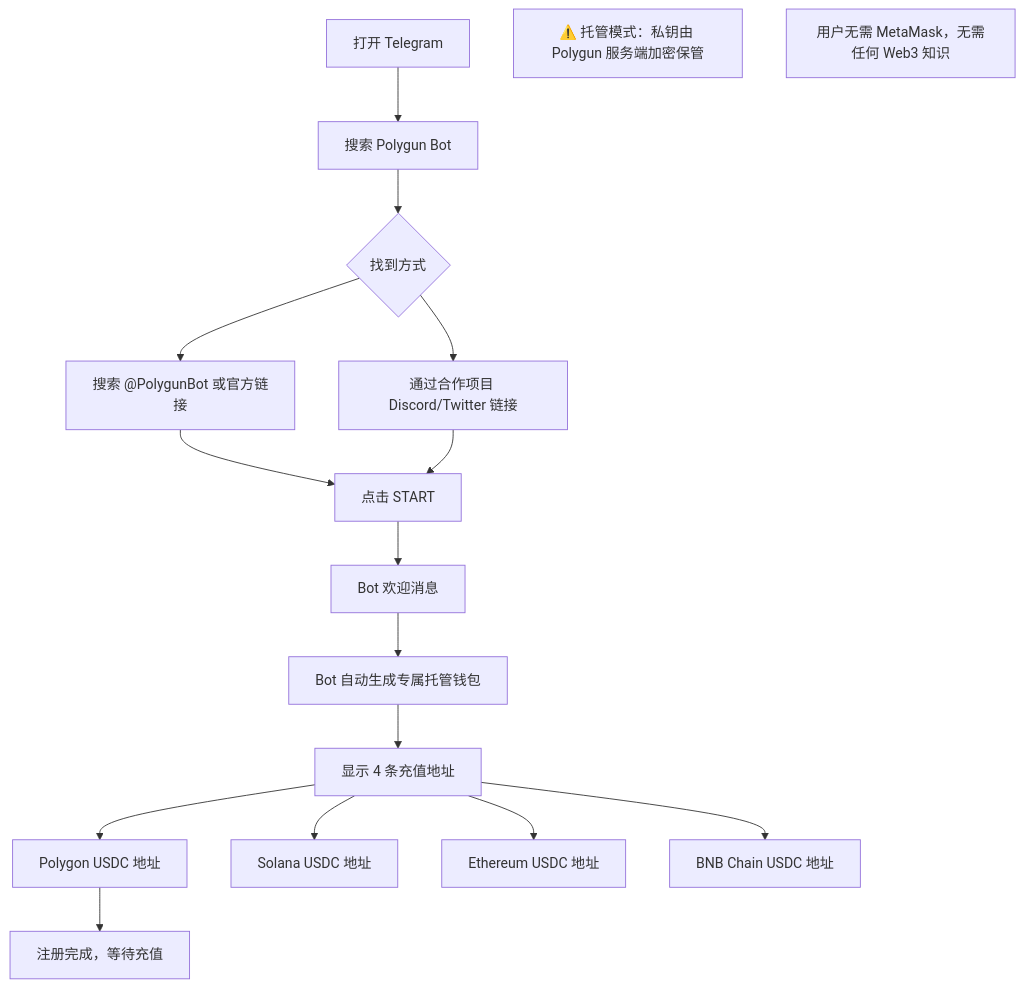
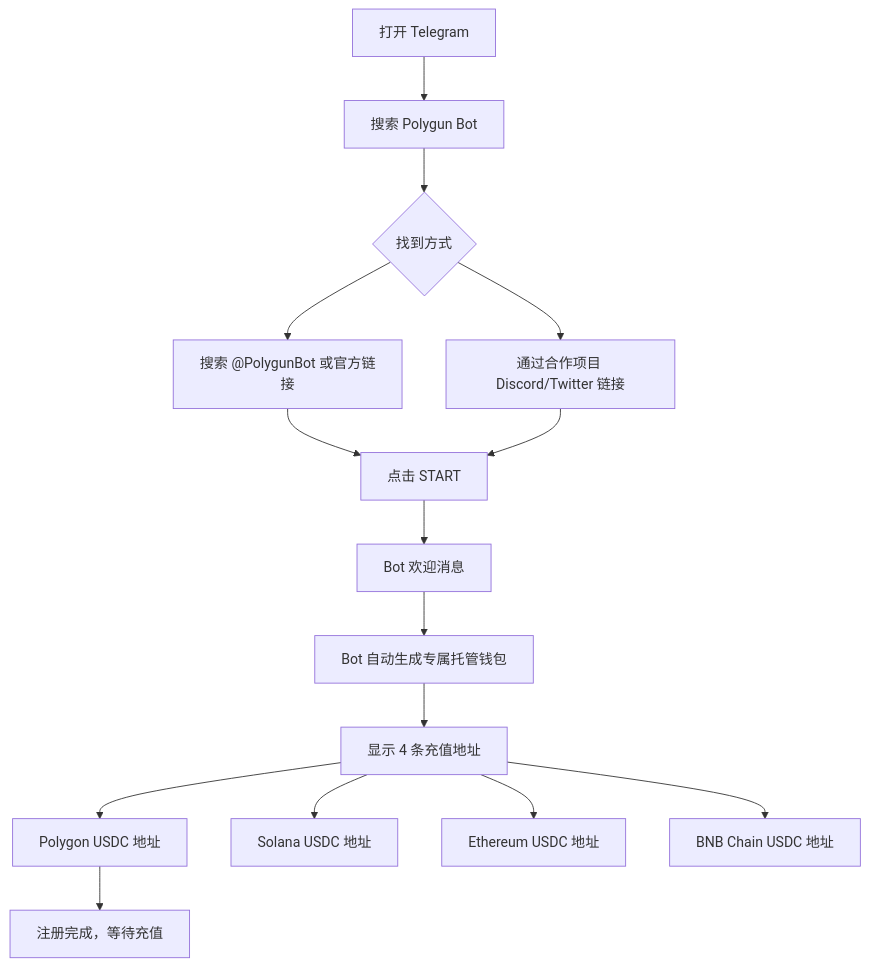
Before and after one commit to survivorff/polymarket_research: the first of 16 diagrams in research/04_polygun/analysis.md, drawn with Mermaid. The commit also changed other lines of this file and 11 other files, not shown here.

First line of the commit message:
修复所有 Mermaid 语法错误，确保流程图可正常渲染

````diff
--- a/research/04_polygun/analysis.md
+++ b/research/04_polygun/analysis.md
@@ -46,19 +46,19 @@
 ```mermaid
 flowchart TD
     A[打开 Telegram] --> B[搜索 Polygun Bot]
     B --> C{找到方式}
     C --> C1[搜索 @PolygunBot 或官方链接]
     C --> C2[通过合作项目 Discord/Twitter 链接]
     C1 --> D[点击 START]
     C2 --> D
     D --> E[Bot 欢迎消息]
     E --> F[Bot 自动生成专属托管钱包]
     F --> G[显示 4 条充值地址]
     G --> G1[Polygon USDC 地址]
     G --> G2[Solana USDC 地址]
     G --> G3[Ethereum USDC 地址]
     G --> G4[BNB Chain USDC 地址]
     G1 --> H[注册完成，等待充值]
-    note1[⚠️ 托管模式：私钥由 Polygun 服务端加密保管]
-    note2[用户无需 MetaMask，无需任何 Web3 知识]
+    %% 注: ⚠️ 托管模式：私钥由 Polygun 服务端加密保管
+    %% 注: 用户无需 MetaMask，无需任何 Web3 知识
 ```
````
